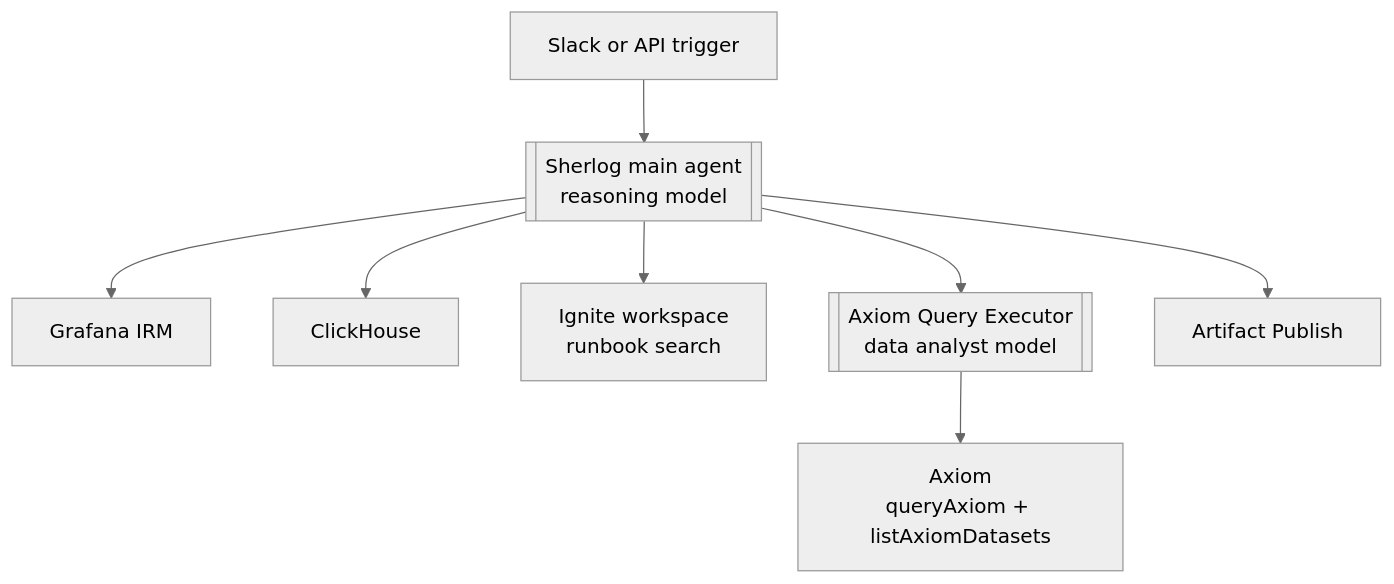
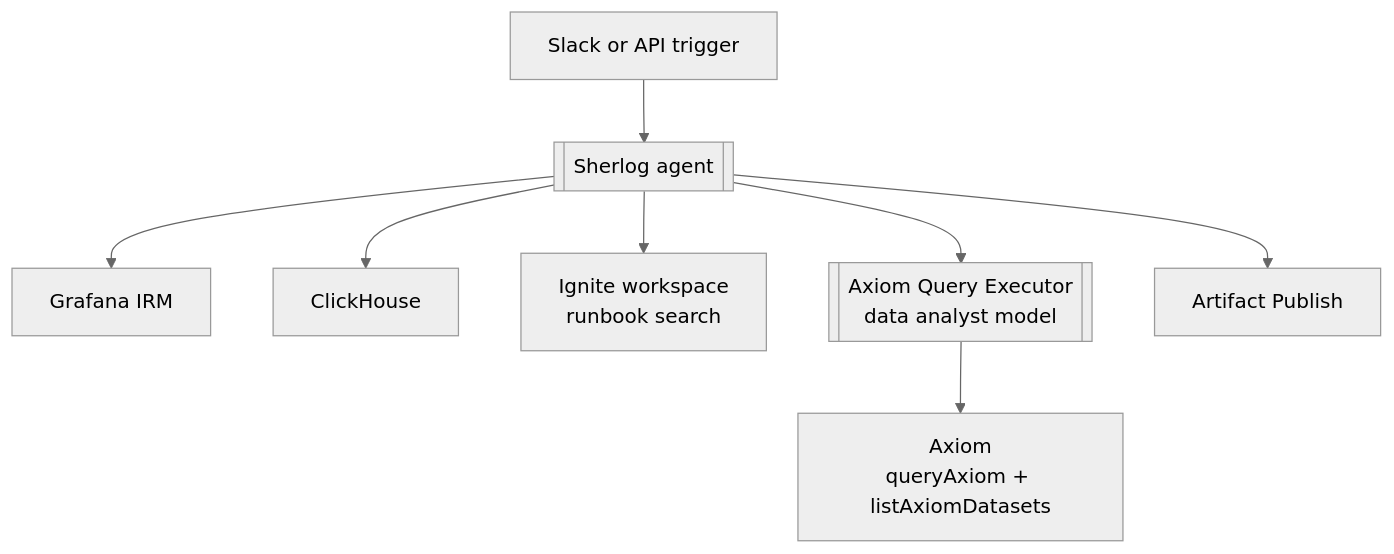
One commit to rtbenfield/talks-mastra-workshop-2026 changed the diagram in slides.md. Above: the diagram before and after it, drawn with Mermaid (neutral theme). The commit also changed other lines of this file, not shown here.

````diff
--- a/slides.md
+++ b/slides.md
@@ -144,10 +209,10 @@
 ```mermaid {theme: 'base', scale: 0.7}
 flowchart TB
-  T[Slack or API trigger] --> S[[Sherlog main agent<br/>reasoning model]]
+  T[Slack or API trigger] --> S[[Sherlog agent]]
   S --> G[Grafana IRM]
   S --> C[ClickHouse]
   S --> I[Ignite workspace<br/>runbook search]
   S --> A[[Axiom Query Executor<br/>data analyst model]]
   A --> AX[Axiom<br/>queryAxiom + listAxiomDatasets]
   S --> P[Artifact Publish]
 ```
````
